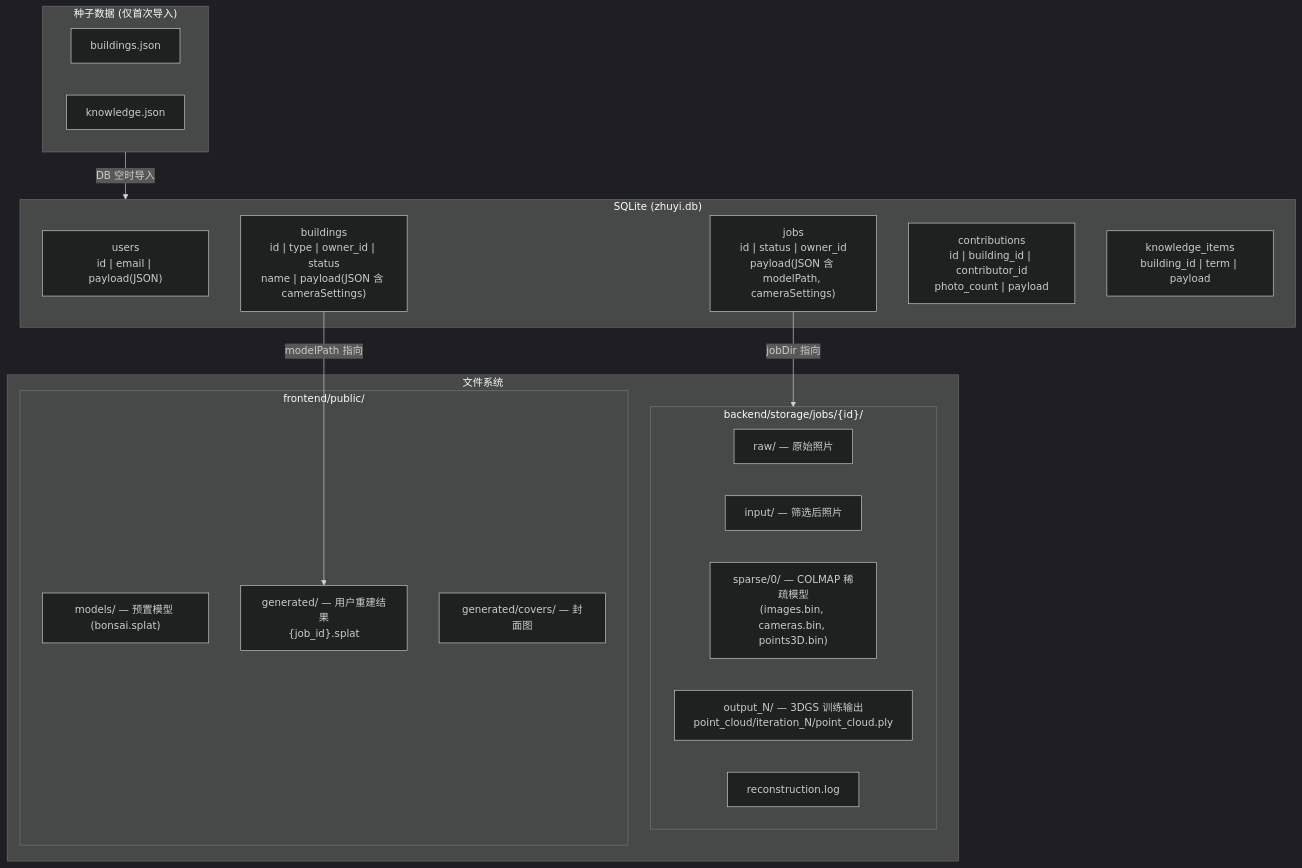
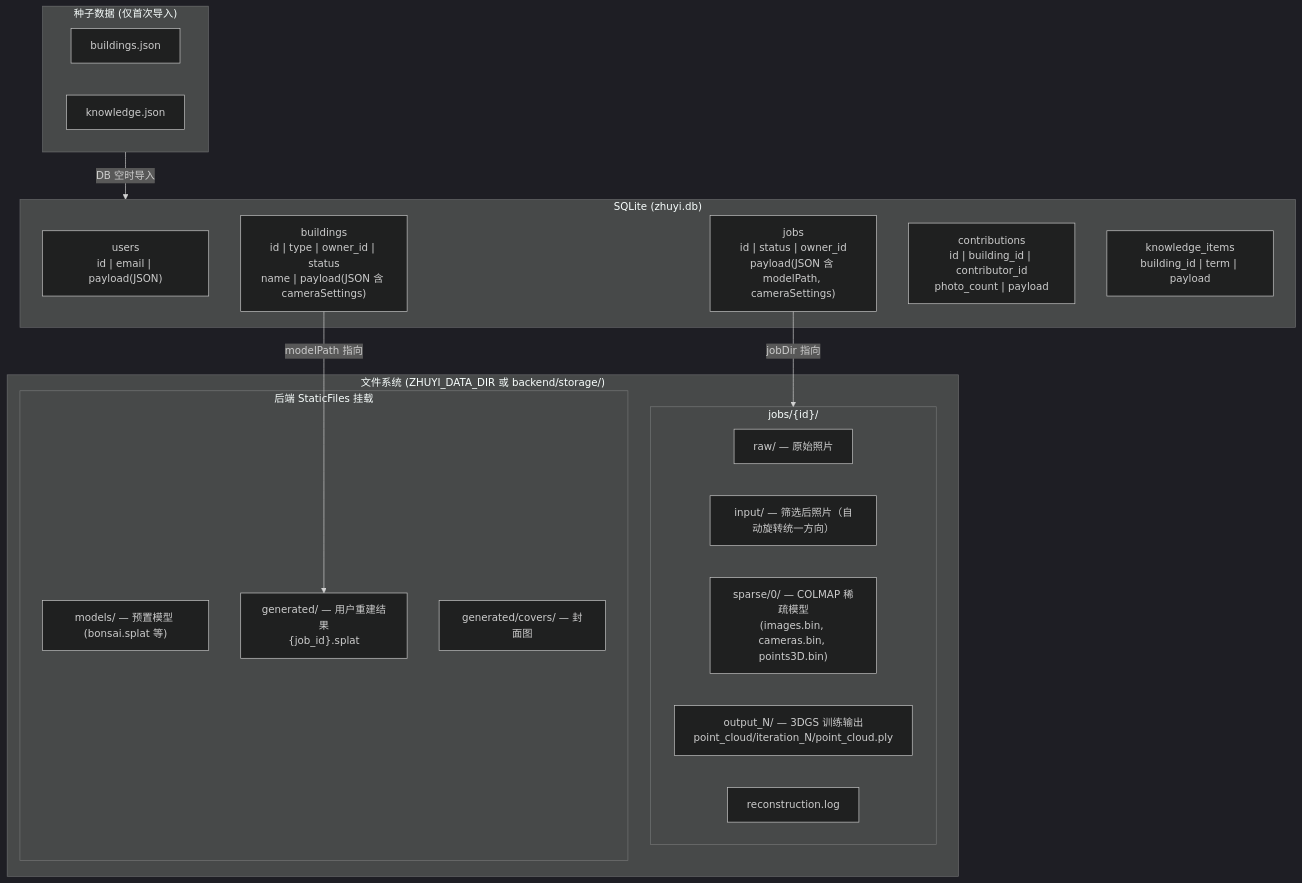
The eighth of 8 diagrams in docs/architecture.md (houyangzhao/competition_computer_design), drawn with Mermaid (dark theme) before and after one commit. The commit also changed other lines of this file and 3 other files, not shown here.

````diff
--- a/docs/architecture.md
+++ b/docs/architecture.md
@@ -322,35 +322,35 @@
 ```mermaid
 graph TB
     subgraph SQLite["SQLite (zhuyi.db)"]
         Users["users<br/>id | email | payload(JSON)"]
         Buildings["buildings<br/>id | type | owner_id | status<br/>name | payload(JSON 含 cameraSettings)"]
         Jobs["jobs<br/>id | status | owner_id<br/>payload(JSON 含 modelPath, cameraSettings)"]
         Contribs["contributions<br/>id | building_id | contributor_id<br/>photo_count | payload"]
         Knowledge["knowledge_items<br/>building_id | term | payload"]
     end
 
-    subgraph FileSystem["文件系统"]
-        subgraph JobStorage["backend/storage/jobs/{id}/"]
+    subgraph FileSystem["文件系统 (ZHUYI_DATA_DIR 或 backend/storage/)"]
+        subgraph JobStorage["jobs/{id}/"]
             Raw["raw/ — 原始照片"]
-            Input["input/ — 筛选后照片"]
+            Input["input/ — 筛选后照片（自动旋转统一方向）"]
             Sparse["sparse/0/ — COLMAP 稀疏模型<br/>(images.bin, cameras.bin, points3D.bin)"]
             Output["output_N/ — 3DGS 训练输出<br/>point_cloud/iteration_N/point_cloud.ply"]
             Log["reconstruction.log"]
         end
 
-        subgraph PublicAssets["frontend/public/"]
-            Models["models/ — 预置模型 (bonsai.splat)"]
+        subgraph PublicAssets["后端 StaticFiles 挂载"]
+            Models["models/ — 预置模型 (bonsai.splat 等)"]
             Generated["generated/ — 用户重建结果<br/>{job_id}.splat"]
             Covers["generated/covers/ — 封面图"]
         end
     end
 
     subgraph SeedData["种子数据 (仅首次导入)"]
         BJSON["buildings.json"]
         KJSON["knowledge.json"]
     end
 
     SeedData -->|"DB 空时导入"| SQLite
     Jobs -->|"jobDir 指向"| JobStorage
     Buildings -->|"modelPath 指向"| Generated
 ```
````
